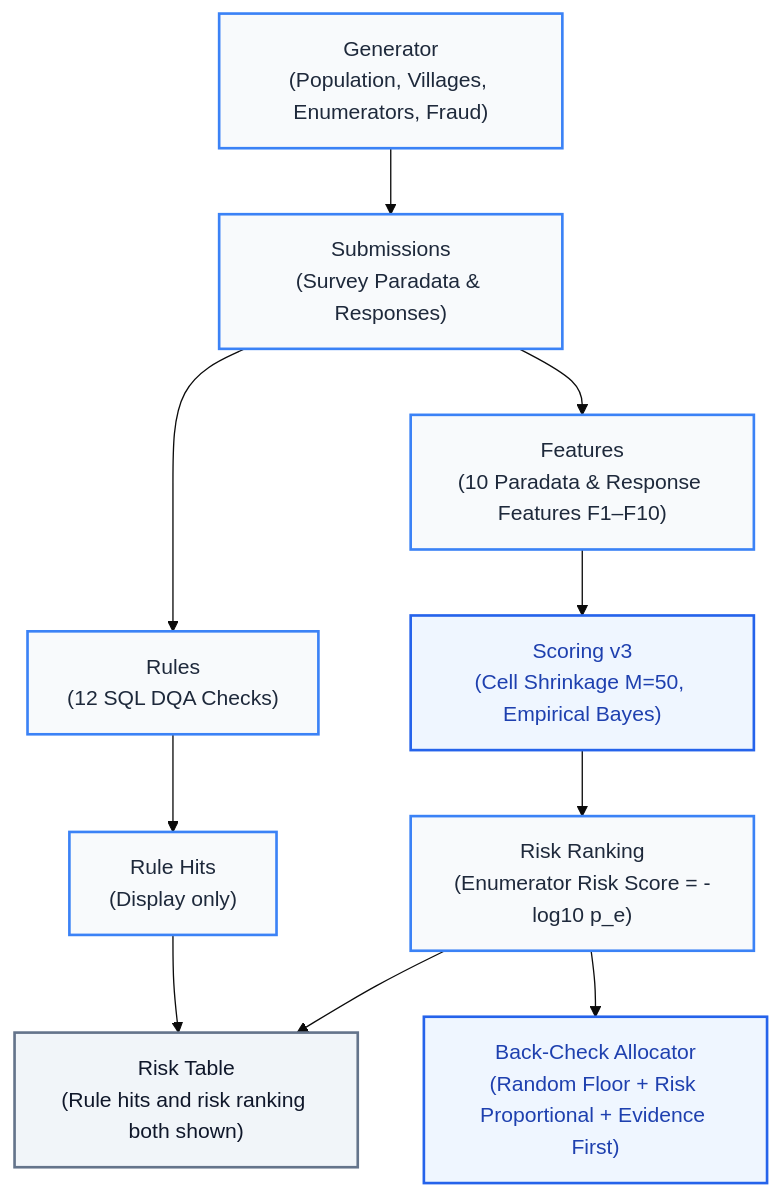
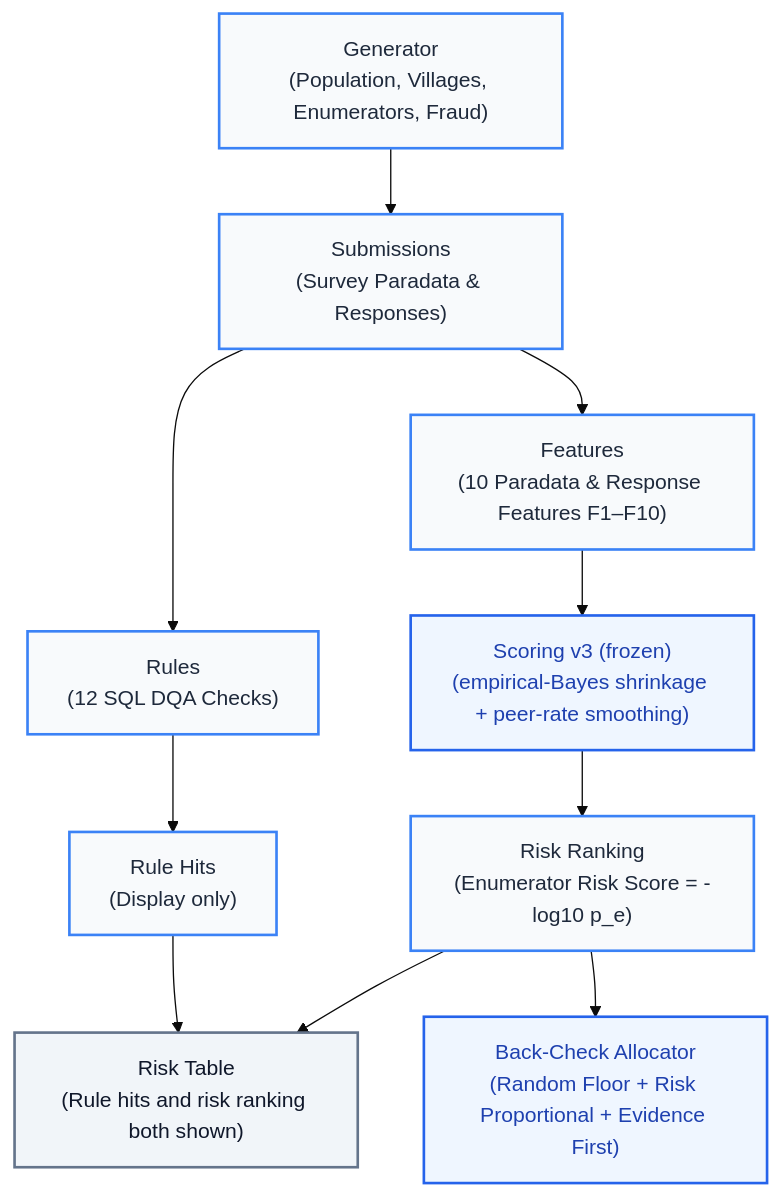
Before and after one commit to TahmidShafi/curbstone: the diagram in site/src/method.md, drawn with Mermaid (base theme). The commit also changed other lines of this file and 2 other files, not shown here.

Commit message:
docs: live link, method diagram label, benchmark line

````diff
--- a/site/src/method.md
+++ b/site/src/method.md
@@ -11,27 +11,27 @@
 ```mermaid
 flowchart TD
   classDef stage fill:#f8fafc,stroke:#3b82f6,stroke-width:2px,color:#1e293b;
   classDef highlight fill:#eff6ff,stroke:#2563eb,stroke-width:2px,color:#1e40af;
   classDef table fill:#f1f5f9,stroke:#64748b,stroke-width:2px,color:#0f172a;
 
   GEN["Generator<br/>(Population, Villages, Enumerators, Fraud)"]:::stage
   SUB["Submissions<br/>(Survey Paradata & Responses)"]:::stage
   RULES["Rules<br/>(12 SQL DQA Checks)"]:::stage
   HITS["Rule Hits<br/>(Display only)"]:::stage
   FEAT["Features<br/>(10 Paradata & Response Features F1–F10)"]:::stage
-  SCORE["Scoring v3<br/>(Cell Shrinkage M=50, Empirical Bayes)"]:::highlight
+  SCORE["Scoring v3 (frozen)<br/>(empirical-Bayes shrinkage + peer-rate smoothing)"]:::highlight
   RANK["Risk Ranking<br/>(Enumerator Risk Score = -log10 p_e)"]:::stage
   ALLOC["Back-Check Allocator<br/>(Random Floor + Risk Proportional + Evidence First)"]:::highlight
   TAB["Risk Table<br/>(Rule hits and risk ranking both shown)"]:::table
 
   GEN --> SUB
   SUB --> RULES
   RULES --> HITS
   SUB --> FEAT
   FEAT --> SCORE
   SCORE --> RANK
   RANK --> ALLOC
 
   HITS --> TAB
   RANK --> TAB
 ```
````
